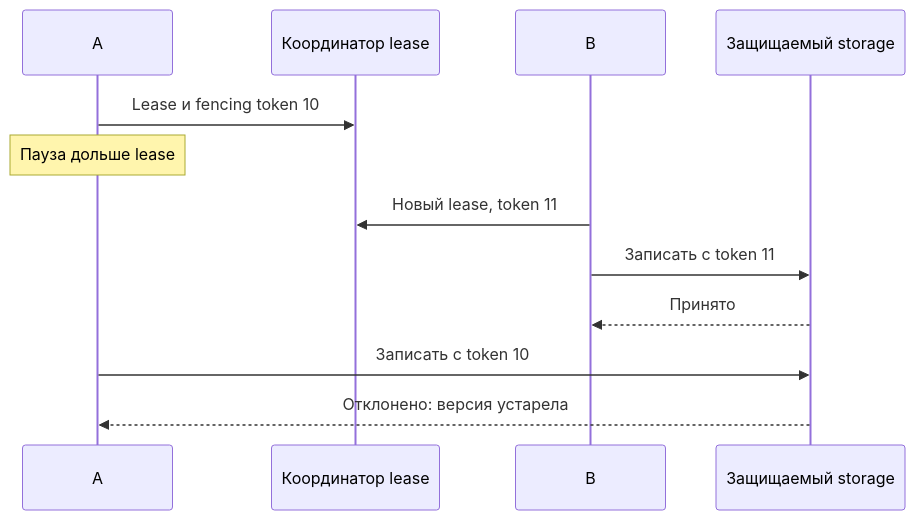
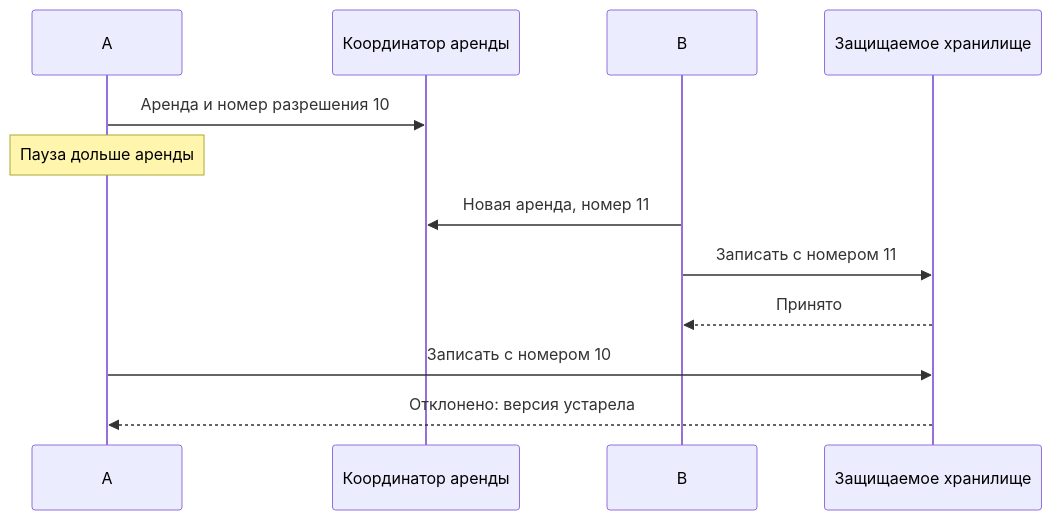
Before and after one commit to leary1337/vault: the diagram in docs/databases/redis/distributed-locks.md, drawn with Mermaid. The commit also changed other lines of this file and 325 other files, not shown here.

````diff
--- a/docs/databases/redis/distributed-locks.md
+++ b/docs/databases/redis/distributed-locks.md
@@ -40,14 +30,14 @@
 ```mermaid
 sequenceDiagram
     participant A as A
-    participant L as Координатор lease
+    participant L as Координатор аренды
     participant B as B
-    participant D as Защищаемый storage
-    A->>L: Lease и fencing token 10
-    Note over A: Пауза дольше lease
-    B->>L: Новый lease, token 11
-    B->>D: Записать с token 11
+    participant D as Защищаемое хранилище
+    A->>L: Аренда и номер разрешения 10
+    Note over A: Пауза дольше аренды
+    B->>L: Новая аренда, номер 11
+    B->>D: Записать с номером 11
     D-->>B: Принято
-    A->>D: Записать с token 10
+    A->>D: Записать с номером 10
     D-->>A: Отклонено: версия устарела
 ```
````
